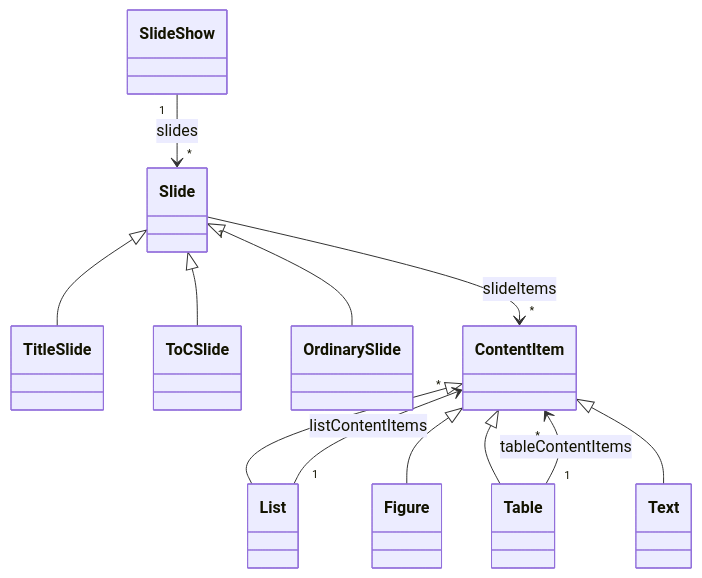
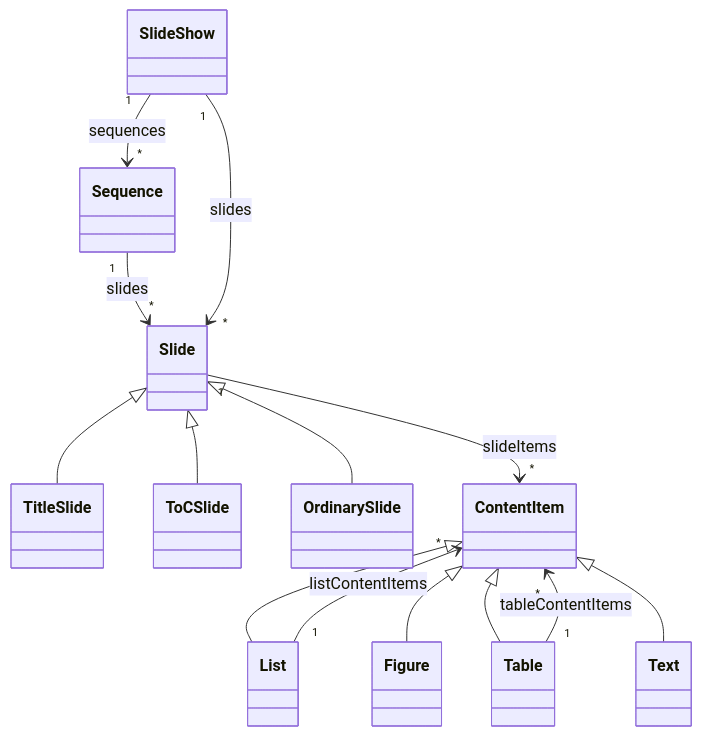
Before and after one commit to Borrelhapje/design-for-change: the diagram in UL.md, drawn with Mermaid. The commit also changed other lines of this file and 8 other files, not shown here.

````diff
--- a/UL.md
+++ b/UL.md
@@ -32,16 +35,18 @@
 ```mermaid
 classDiagram
   Slide <|-- TitleSlide
   Slide <|-- ToCSlide
   Slide <|-- OrdinarySlide
 
   ContentItem <|-- List
   ContentItem <|-- Figure
   ContentItem <|-- Table 
   ContentItem <|-- Text
 
   Slide "1" --> "*" ContentItem : slideItems
+  Sequence "1" --> "*" Slide : slides
+  SlideShow "1" --> "*" Sequence : sequences 
   SlideShow "1" --> "*" Slide : slides
   List "1" --> "*" ContentItem : listContentItems
   Table "1" --> "*" ContentItem : tableContentItems
 ```
````
